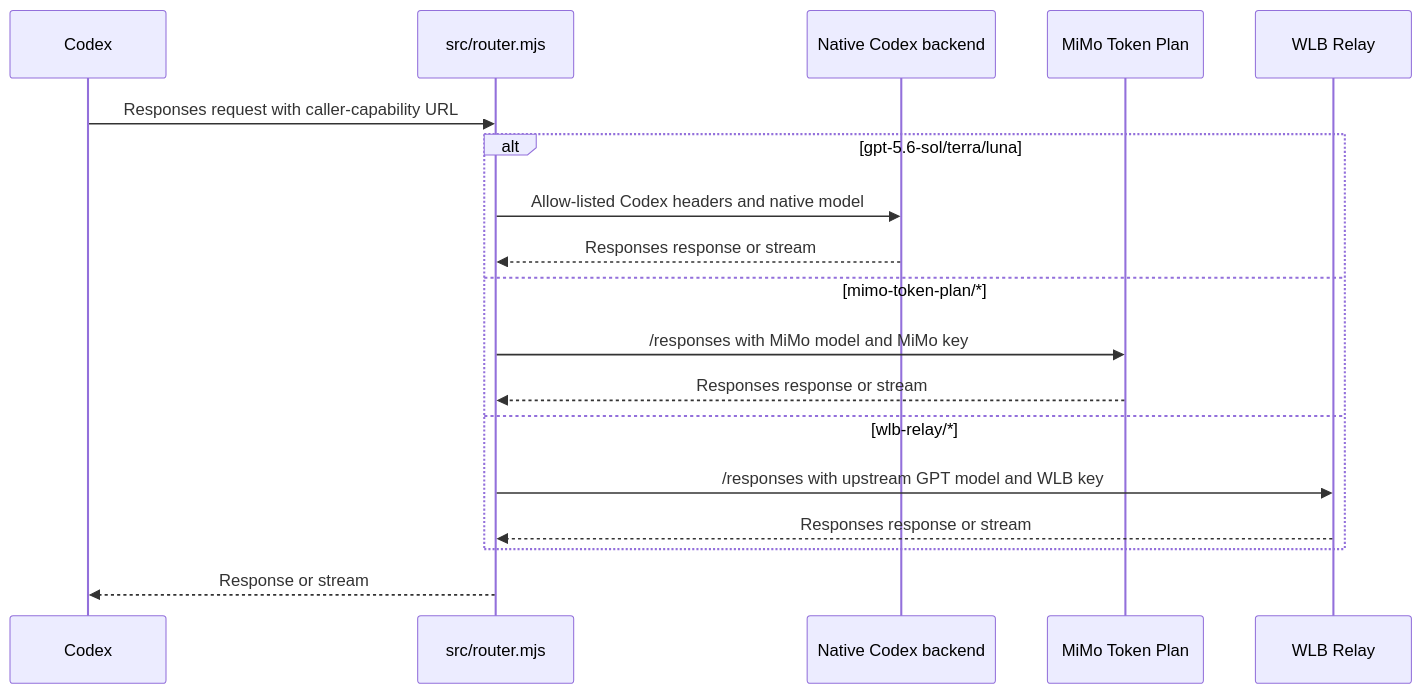
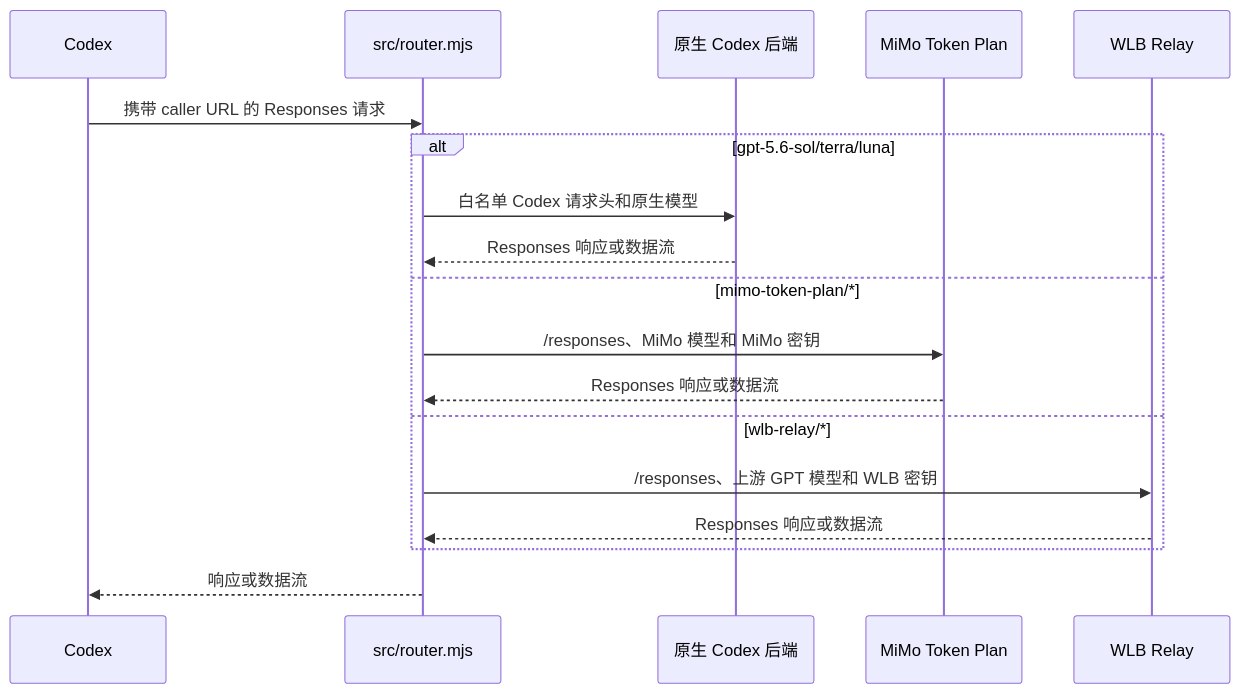
One commit to DKalien/codex-router changed the diagram in docs/HOW-IT-WORKS.md. Above: the diagram before and after it, drawn with Mermaid. The commit also changed other lines of this file and 4 other files, not shown here.

````diff
--- a/docs/HOW-IT-WORKS.md
+++ b/docs/HOW-IT-WORKS.md
@@ -10,21 +10,21 @@
 ```mermaid
 sequenceDiagram
   participant C as Codex
   participant R as src/router.mjs
-  participant N as Native Codex backend
+  participant N as 原生 Codex 后端
   participant M as MiMo Token Plan
   participant W as WLB Relay
 
-  C->>R: Responses request with caller-capability URL
+  C->>R: 携带 caller URL 的 Responses 请求
   alt gpt-5.6-sol/terra/luna
-    R->>N: Allow-listed Codex headers and native model
-    N-->>R: Responses response or stream
+    R->>N: 白名单 Codex 请求头和原生模型
+    N-->>R: Responses 响应或数据流
   else mimo-token-plan/*
-    R->>M: /responses with MiMo model and MiMo key
-    M-->>R: Responses response or stream
+    R->>M: /responses、MiMo 模型和 MiMo 密钥
+    M-->>R: Responses 响应或数据流
   else wlb-relay/*
-    R->>W: /responses with upstream GPT model and WLB key
-    W-->>R: Responses response or stream
+    R->>W: /responses、上游 GPT 模型和 WLB 密钥
+    W-->>R: Responses 响应或数据流
   end
-  R-->>C: Response or stream
+  R-->>C: 响应或数据流
 ```
````
